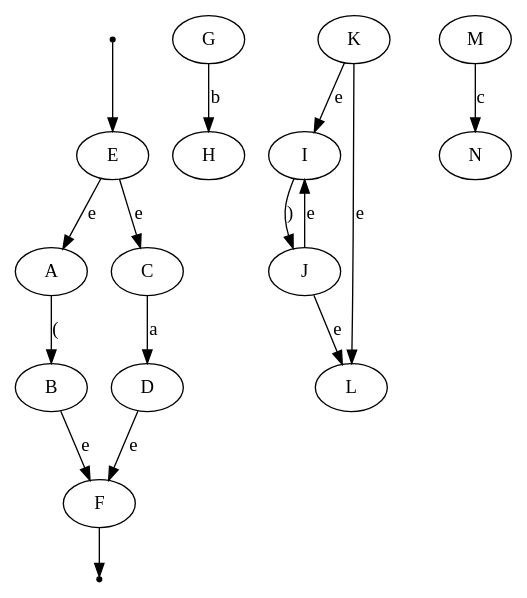
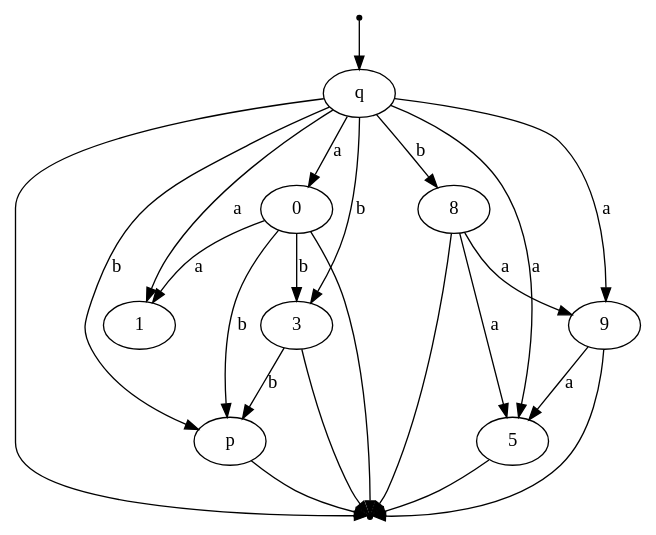
Before and after one commit to belcadilina-lab/automate: the diagram in automate_utilisateur.dot, drawn with Graphviz. The commit also changed 4 other files, not shown here.

```diff
--- a/automate_utilisateur.dot
+++ b/automate_utilisateur.dot
@@ -1,19 +1,26 @@
 digraph G {
 init [shape=point];
 fin [shape=point];
-init -> E;
-A -> B [label="("];
-C -> D [label="a"];
-E -> A [label="e"];
-E -> C [label="e"];
-B -> F [label="e"];
-D -> F [label="e"];
-G -> H [label="b"];
-I -> J [label=")"];
-K -> I [label="e"];
-J -> L [label="e"];
-K -> L [label="e"];
-J -> I [label="e"];
-M -> N [label="c"];
-F -> fin;
+init -> q;
+q -> 0 [label="a"];
+q -> 8 [label="b"];
+q -> 1 [label="a"];
+q -> 3 [label="b"];
+q -> 9 [label="a"];
+q -> 5 [label="a"];
+q -> p [label="b"];
+0 -> 1 [label="a"];
+0 -> 3 [label="b"];
+0 -> p [label="b"];
+8 -> 9 [label="a"];
+8 -> 5 [label="a"];
+3 -> p [label="b"];
+9 -> 5 [label="a"];
+p -> fin;
+q -> fin;
+0 -> fin;
+3 -> fin;
+8 -> fin;
+9 -> fin;
+5 -> fin;
 }
```
